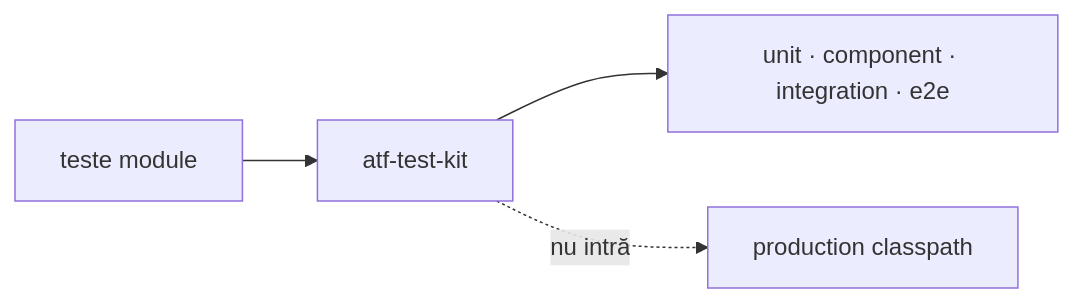
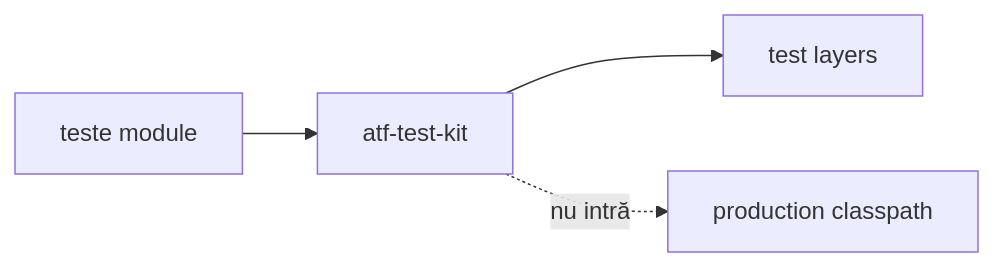
Before and after one commit to crististefanita/demo2: the diagram in atf-test-kit/README.md, drawn with Mermaid. The commit also changed 132 other files, not shown here.

````diff
--- a/atf-test-kit/README.md
+++ b/atf-test-kit/README.md
@@ -8,6 +8,6 @@
 ```mermaid
 flowchart LR
     ModuleTests[teste module] --> Kit[atf-test-kit]
-    Kit --> Levels[unit · component · integration · e2e]
+    Kit --> Levels[test layers]
     Kit -. nu intră .-> Production[production classpath]
 ```
````
